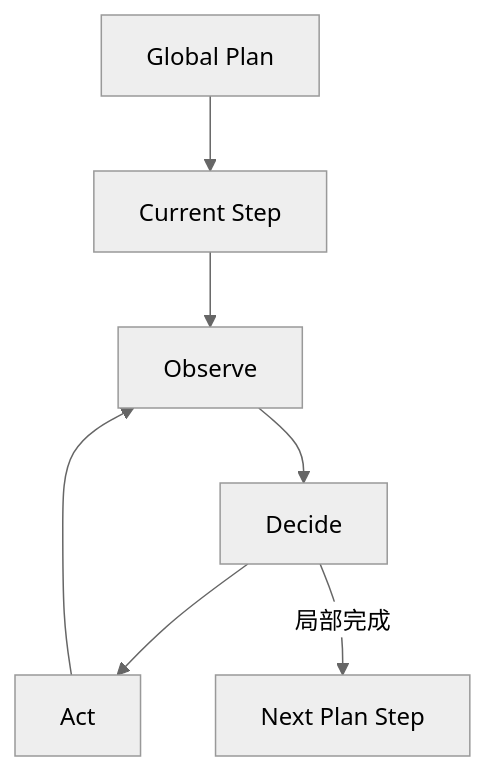
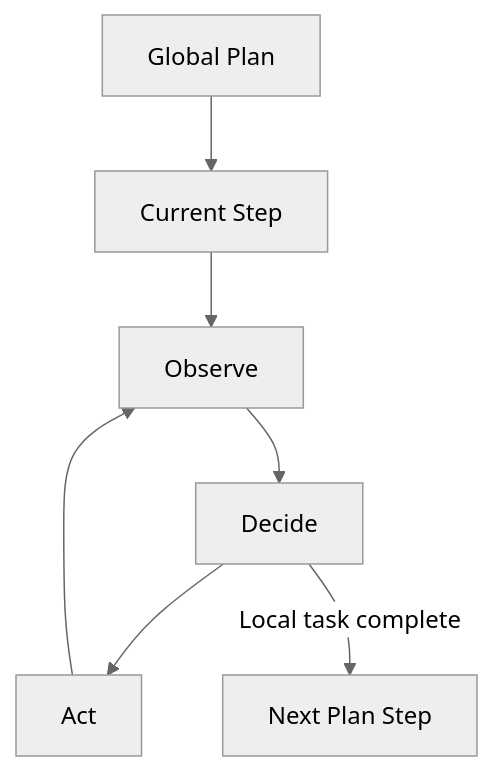
One commit to oneleaveknowsthefall/awesome-ai-roadmap changed diagram 11 of 17 in docs/agent/02-reasoning-planning/11-llm-agent-planning.md. Above: the diagram before and after it, drawn with Mermaid (neutral theme). The commit also changed other lines of this file and 68 other files, not shown here.

````diff
--- a/docs/agent/02-reasoning-planning/11-llm-agent-planning.md
+++ b/docs/agent/02-reasoning-planning/11-llm-agent-planning.md
@@ -554,9 +554,9 @@
 ```mermaid
 flowchart TB
     P[Global Plan] --> S[Current Step]
     S --> O[Observe]
     O --> D[Decide]
     D --> A[Act]
     A --> O
-    D -->|局部完成| NEXT[Next Plan Step]
+    D -->|Local task complete| NEXT[Next Plan Step]
 ```
````
